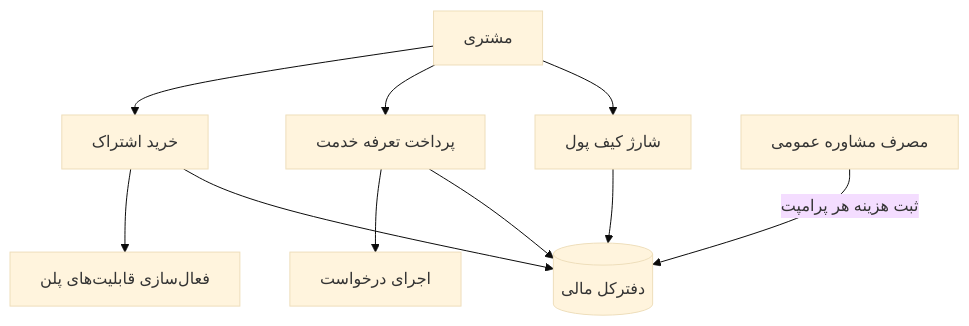
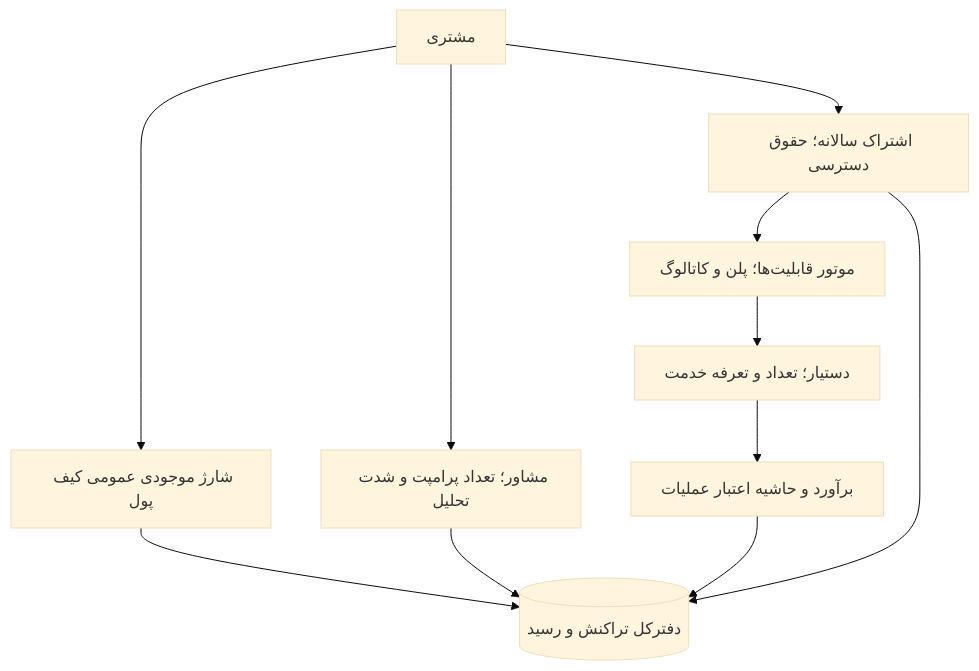
Before and after one commit to Brotherlouiee/shahab-demo: the tenth of 26 diagrams in docs/SHAHAB_PHASE_2_DEVELOPMENT_BLUEPRINT.md, drawn with Mermaid (base theme). The commit also changed other lines of this file, not shown here.

Commit message:
docs: یکپارچه‌سازی تصمیم E01 درباره پلن‌ها، تعرفه‌ها و کیف پول عمومی

````diff
--- a/docs/SHAHAB_PHASE_2_DEVELOPMENT_BLUEPRINT.md
+++ b/docs/SHAHAB_PHASE_2_DEVELOPMENT_BLUEPRINT.md
@@ -1003,17 +1005,17 @@
 ```mermaid
 flowchart TD
     U["مشتری"]
-    S["خرید اشتراک"]
-    P["پرداخت تعرفه خدمت"]
-    W["شارژ کیف پول"]
-    ENT["فعال‌سازی قابلیت‌های پلن"]
-    WF["اجرای درخواست"]
-    ADV["مصرف مشاوره عمومی"]
-    LED[("دفترکل مالی")]
-    U --> S --> ENT
-    U --> P --> WF
-    U --> W --> LED
-    ADV -->|"ثبت هزینه هر پرامپت"| LED
-    S --> LED
-    P --> LED
+    S["اشتراک سالانه؛ حقوق دسترسی"]
+    W["شارژ موجودی عمومی کیف پول"]
+    E["موتور قابلیت‌ها؛ پلن و کاتالوگ"]
+    A["مشاور؛ تعداد پرامپت و شدت تحلیل"]
+    T["دستیار؛ تعداد و تعرفه خدمت"]
+    R["برآورد و حاشیه اعتبار عملیات"]
+    L[("دفترکل تراکنش و رسید")]
+    U --> S --> E
+    U --> W --> L
+    E --> T
+    U --> A --> L
+    T --> R --> L
+    S --> L
 ```
````
